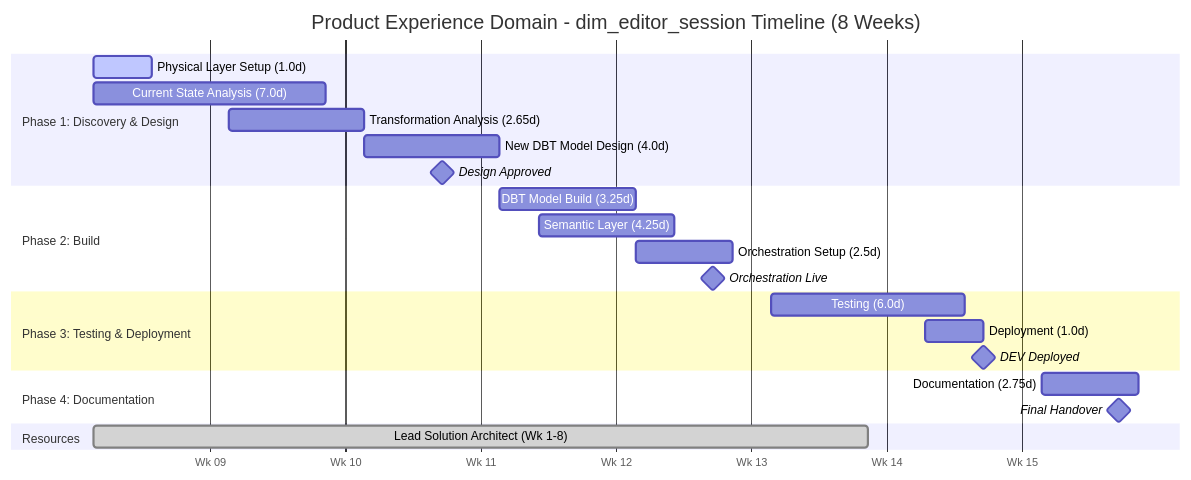
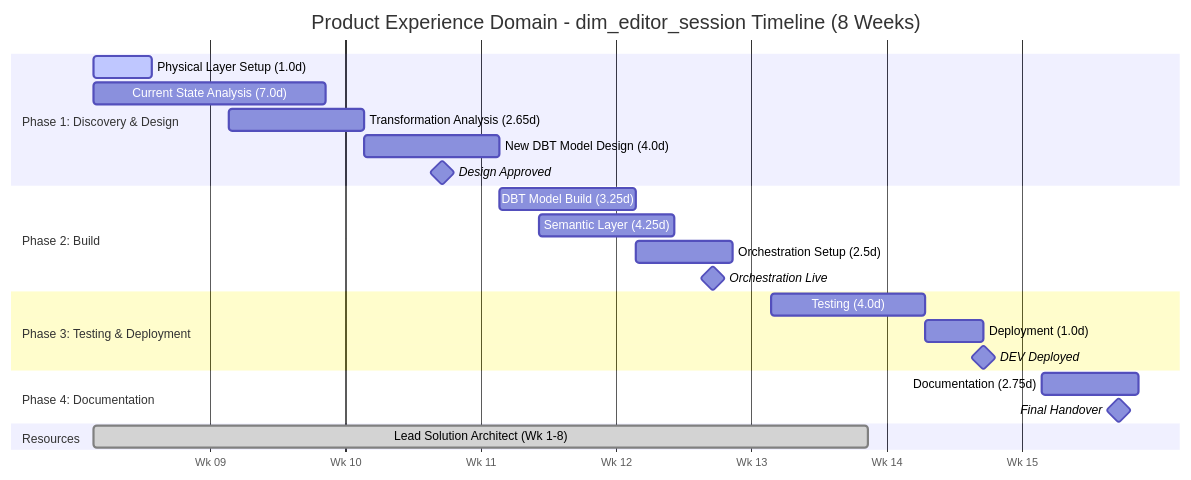
The first of 2 diagrams in 4-DataPipelinePrioritisation/InternalSoWs/SoWs/ProductExperience_Domain_Scope_of_Work_INTERNAL.md (sfc-gh-mhindi/REPO_CANVA), drawn with Mermaid before and after one commit. The commit also changed other lines of this file and 3 other files, not shown here.

First line of the commit message:
Update timelines and resource requirements to match new estimates

````diff
--- a/4-DataPipelinePrioritisation/InternalSoWs/SoWs/ProductExperience_Domain_Scope_of_Work_INTERNAL.md
+++ b/4-DataPipelinePrioritisation/InternalSoWs/SoWs/ProductExperience_Domain_Scope_of_Work_INTERNAL.md
@@ -494,32 +494,32 @@
 ```mermaid
 gantt
     title Product Experience Domain - dim_editor_session Timeline (8 Weeks)
     dateFormat  YYYY-MM-DD
     axisFormat  Wk %W
     tickInterval 1week
     
     section Phase 1: Discovery & Design
     Physical Layer Setup (1.0d)           :active, p1a, 2026-03-02, 3d
     Current State Analysis (7.0d)         :p1b, 2026-03-02, 12d
     Transformation Analysis (2.65d)       :p1c, 2026-03-09, 7d
     New DBT Model Design (4.0d)           :p1d, 2026-03-16, 7d
     Design Approved                       :milestone, m1, 2026-03-20, 0d
     
     section Phase 2: Build
     DBT Model Build (3.25d)               :p2a, 2026-03-23, 7d
     Semantic Layer (4.25d)                :p2b, 2026-03-25, 7d
     Orchestration Setup (2.5d)            :p2c, 2026-03-30, 5d
     Orchestration Live                    :milestone, m2, 2026-04-03, 0d
     
     section Phase 3: Testing & Deployment
-    Testing (6.0d)                        :p3a, 2026-04-06, 10d
+    Testing (4.0d)                        :p3a, 2026-04-06, 8d
     Deployment (1.0d)                     :p3b, 2026-04-14, 3d
     DEV Deployed                          :milestone, m3, 2026-04-17, 0d
     
     section Phase 4: Documentation
     Documentation (2.75d)                 :p4a, 2026-04-20, 5d
     Final Handover                        :milestone, m4, 2026-04-24, 0d
     
     section Resources
     Lead Solution Architect (Wk 1-8)      :done, res1, 2026-03-02, 40d
 ```
````
